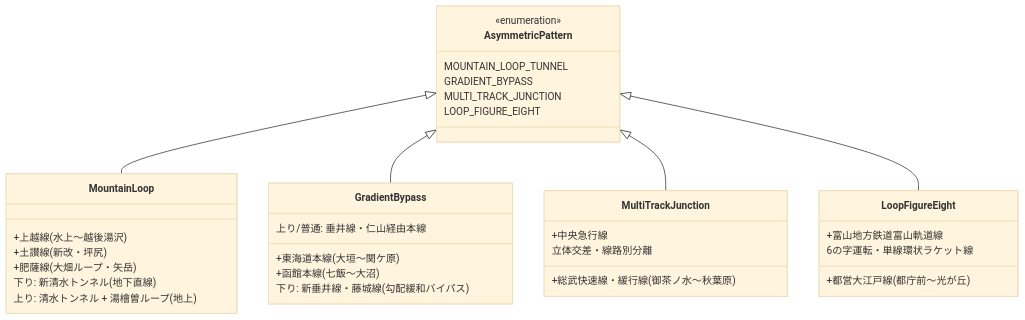
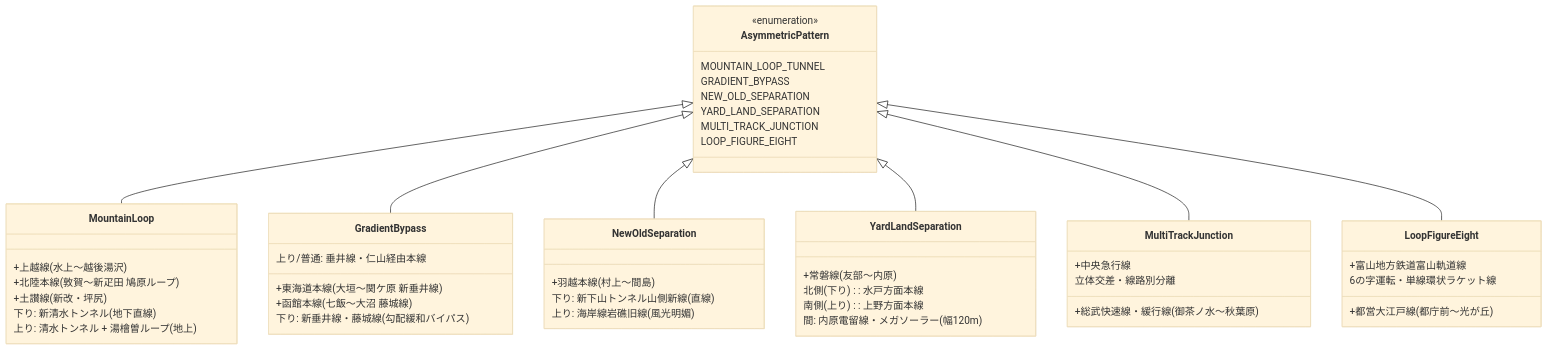
One commit to GenbuHase/Trainfo changed the first of 4 diagrams in docs/ASYMMETRIC_TRACK_ROUTING_GUIDELINES.md. Above: the diagram before and after it, drawn with Mermaid (base theme). The commit also changed other lines of this file and 1 other file, not shown here.

````diff
--- a/docs/ASYMMETRIC_TRACK_ROUTING_GUIDELINES.md
+++ b/docs/ASYMMETRIC_TRACK_ROUTING_GUIDELINES.md
@@ -33,37 +33,52 @@
 ```mermaid
 classDiagram
     class AsymmetricPattern {
         <<enumeration>>
         MOUNTAIN_LOOP_TUNNEL
         GRADIENT_BYPASS
+        NEW_OLD_SEPARATION
+        YARD_LAND_SEPARATION
         MULTI_TRACK_JUNCTION
         LOOP_FIGURE_EIGHT
     }
     class MountainLoop {
         +上越線 (水上〜越後湯沢)
+        +北陸本線 (敦賀〜新疋田 鳩原ループ)
         +土讃線 (新改・坪尻)
-        +肥薩線 (大畑ループ・矢岳)
         下り: 新清水トンネル (地下直線)
         上り: 清水トンネル + 湯檜曽ループ (地上)
     }
     class GradientBypass {
-        +東海道本線 (大垣〜関ケ原)
-        +函館本線 (七飯〜大沼)
+        +東海道本線 (大垣〜関ケ原 新垂井線)
+        +函館本線 (七飯〜大沼 藤城線)
         下り: 新垂井線・藤城線 (勾配緩和バイパス)
         上り/普通: 垂井線・仁山経由本線
+    }
+    class NewOldSeparation {
+        +羽越本線 (村上〜間島)
+        下り: 新下山トンネル山側新線 (直線)
+        上り: 海岸線岩礁旧線 (風光明媚)
+    }
+    class YardLandSeparation {
+        +常磐線 (友部〜内原)
+        北側(下り): 水戸方面本線
+        南側(上り): 上野方面本線
+        間: 内原電留線・メガソーラー (幅120m)
     }
     class MultiTrackJunction {
         +総武快速線・緩行線 (御茶ノ水〜秋葉原)
         +中央急行線
         立体交差・線路別分離
     }
     class LoopFigureEight {
         +都営大江戸線 (都庁前〜光が丘)
         +富山地方鉄道富山軌道線
         6の字運転・単線環状ラケット線
     }
     AsymmetricPattern <|-- MountainLoop
     AsymmetricPattern <|-- GradientBypass
+    AsymmetricPattern <|-- NewOldSeparation
+    AsymmetricPattern <|-- YardLandSeparation
     AsymmetricPattern <|-- MultiTrackJunction
     AsymmetricPattern <|-- LoopFigureEight
 ```
````
